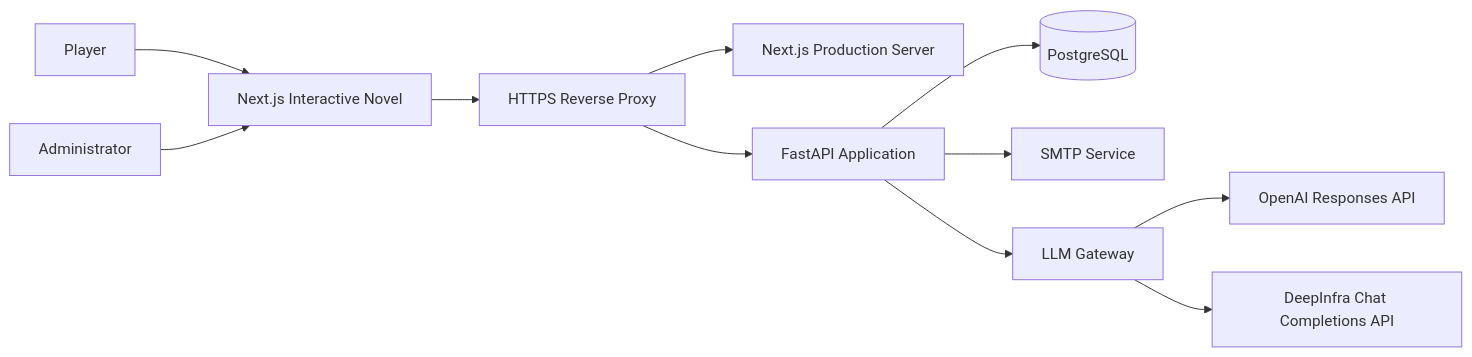
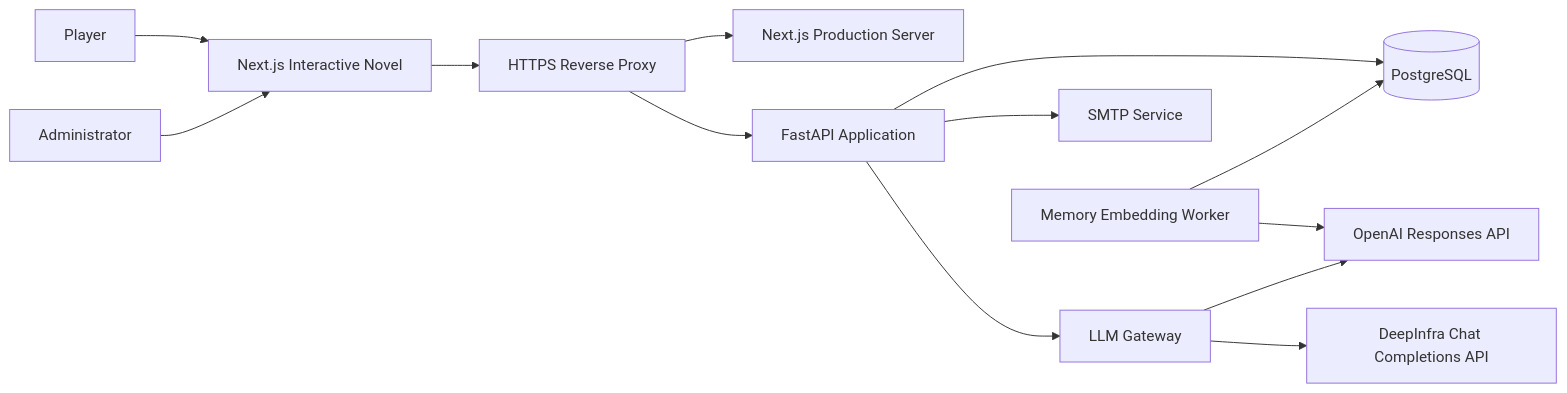
One commit to FoLAWy-py/Witscraft changed the first of 4 diagrams in system architecture.md. Above: the diagram before and after it, drawn with Mermaid. The commit also changed other lines of this file and 22 other files, not shown here.

Commit message:
Move memory embeddings to durable worker

````diff
--- a/system architecture.md
+++ b/system architecture.md
@@ -29,13 +29,15 @@
 ```mermaid
 flowchart LR
     User["Player"] --> Browser["Next.js Interactive Novel"]
     Administrator["Administrator"] --> Browser
     Browser --> Proxy["HTTPS Reverse Proxy"]
     Proxy --> Web["Next.js Production Server"]
     Proxy --> API["FastAPI Application"]
     API --> Database[("PostgreSQL")]
+    Worker["Memory Embedding Worker"] --> Database
+    Worker --> OpenAI
     API --> SMTP["SMTP Service"]
     API --> Gateway["LLM Gateway"]
     Gateway --> OpenAI["OpenAI Responses API"]
     Gateway --> DeepInfra["DeepInfra Chat Completions API"]
 ```
````
